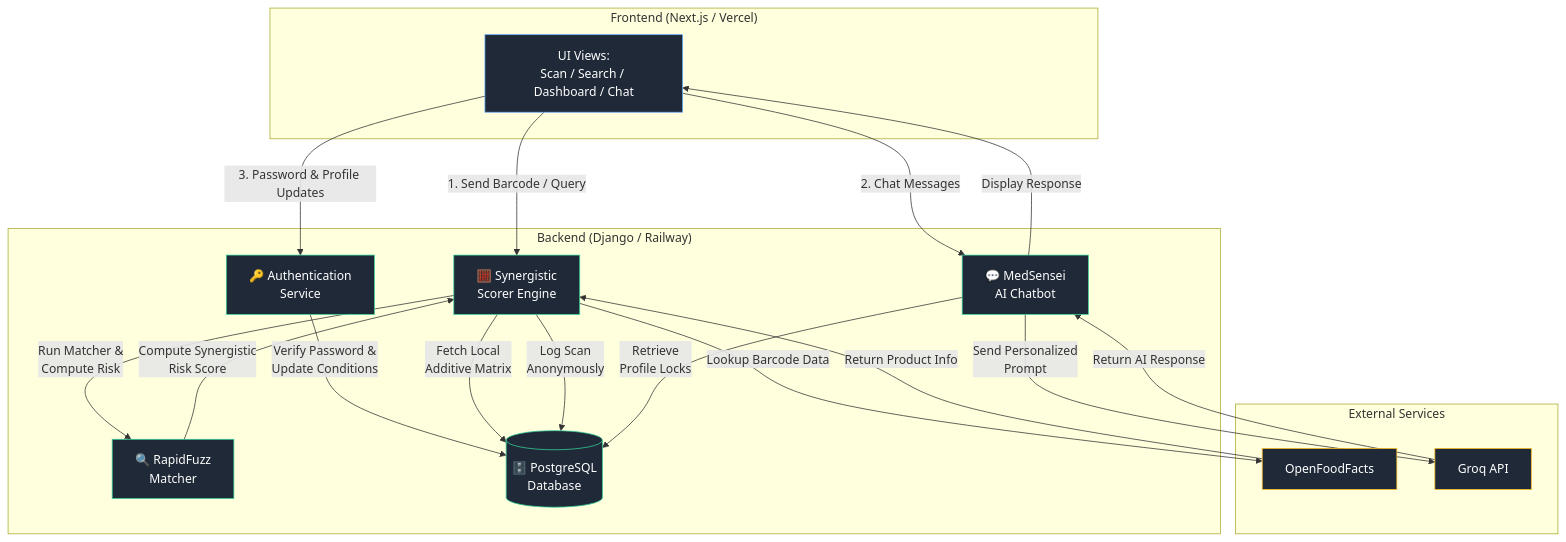
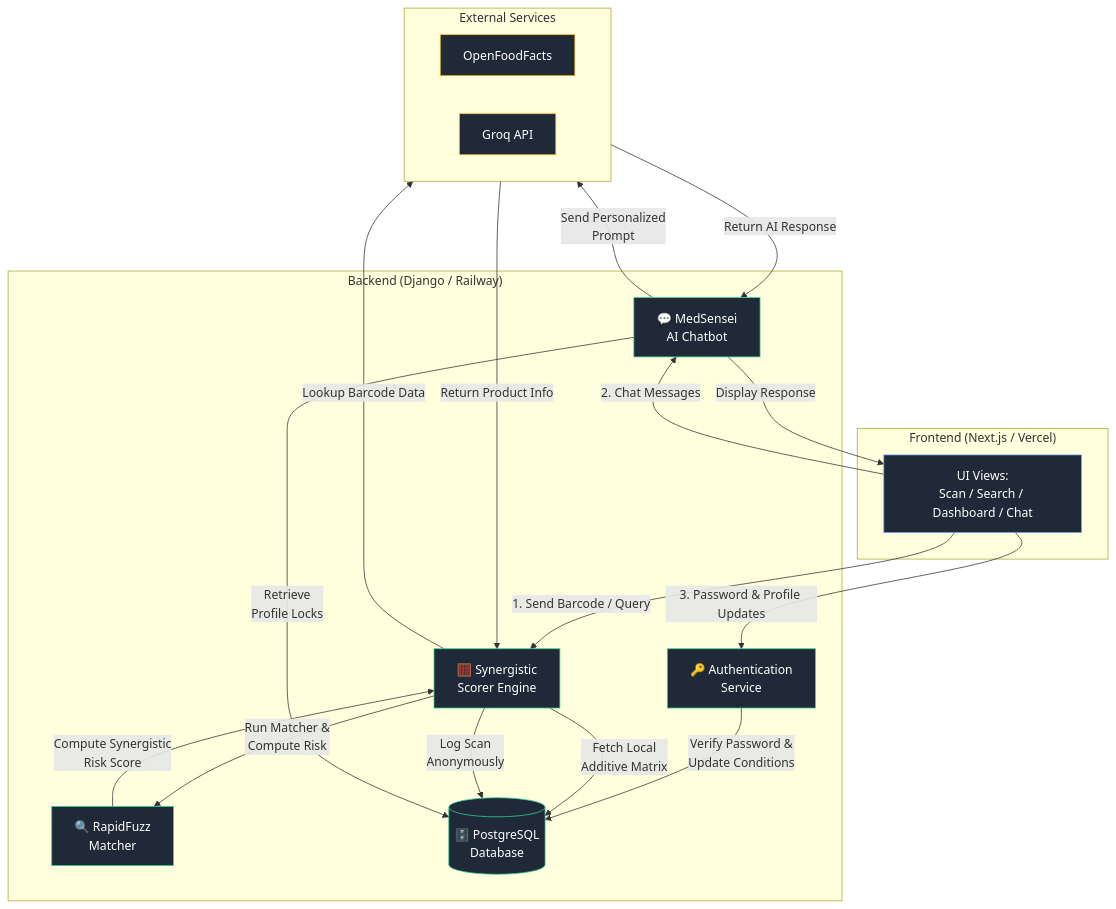
Before and after one commit to sirikumar9106/BioDose---Intelligent-Food-Quality-Consumer-Safety-Intelligence-System: the second of 4 diagrams in README.md, drawn with Mermaid.

Commit message:
Enhance diagram with direction and Matcher connection
Added direction to the External Services subgraph and included a Matcher connection.

````diff
--- a/README.md
+++ b/README.md
@@ -33,46 +33,49 @@
 ```mermaid
 %%{init: {'flowchart': {'nodeSpacing': 50, 'rankSpacing': 70}}}%%
 graph TD
     subgraph Frontend ["Frontend (Next.js / Vercel)"]
         UI["UI Views:<br/>Scan / Search / Dashboard / Chat"]
     end
 
     subgraph Backend ["Backend (Django / Railway)"]
         Auth["🔑 Authentication<br/>Service"]
         Scorer["🧮 Synergistic<br/>Scorer Engine"]
         Matcher["🔍 RapidFuzz<br/>Matcher"]
         Chat["💬 MedSensei<br/>AI Chatbot"]
         DB[("🗄️ PostgreSQL<br/>Database")]
     end
 
     subgraph External ["External Services"]
+        direction LR
         OFF["OpenFoodFacts"]
         Groq["Groq API"]
     end
 
     UI -->|"1. Send Barcode / Query"| Scorer
     UI -->|"2. Chat Messages"| Chat
     UI -->|"3. Password & Profile Updates"| Auth
 
     Auth -->|"Verify Password &<br/>Update Conditions"| DB
 
     Scorer -->|"Lookup Barcode Data"| OFF
     OFF -->|"Return Product Info"| Scorer
     Scorer -->|"Fetch Local<br/>Additive Matrix"| DB
     Scorer -->|"Run Matcher &<br/>Compute Risk"| Matcher
     Matcher -->|"Compute Synergistic<br/>Risk Score"| Scorer
     Scorer -->|"Log Scan<br/>Anonymously"| DB
 
     Chat -->|"Retrieve<br/>Profile Locks"| DB
     Chat -->|"Send Personalized<br/>Prompt"| Groq
     Groq -->|"Return AI Response"| Chat
     Chat -->|"Display Response"| UI
 
+    Matcher ~~~ External
+
     classDef frontendStyle fill:#1f2937,stroke:#60a5fa,stroke-width:1px,color:#fff
     classDef backendStyle fill:#1f2937,stroke:#34d399,stroke-width:1px,color:#fff
     classDef externalStyle fill:#1f2937,stroke:#fbbf24,stroke-width:1px,color:#fff
 
     class UI frontendStyle
     class Auth,Scorer,Matcher,Chat,DB backendStyle
     class OFF,Groq externalStyle
 ```
````
